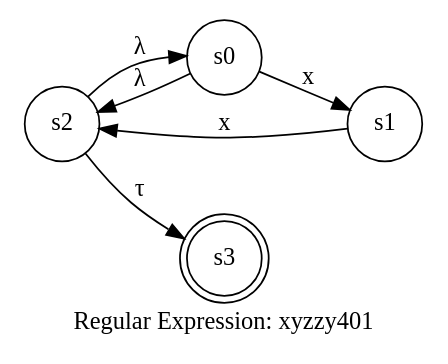
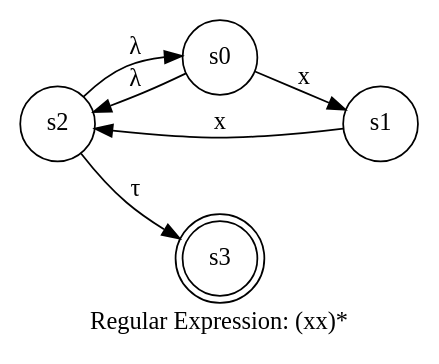
The diagram in ref/nfa_0002.gv (pschlump/lexie), drawn with Graphviz before and after one commit. The commit also changed 70 other files, not shown here.

```diff
--- a/ref/nfa_0002.gv
+++ b/ref/nfa_0002.gv
@@ -1,12 +1,12 @@
 digraph finite_state_machine {
-	label="Regular Expression: xyzzy401";
+	label="Regular Expression: (xx)*";
 	rankdir=LR;
 	size="8,5"
 	node [shape = doublecircle]; s3;
 	node [shape = circle];
 	s0 -> s1 [ label = "x" ];
 	s0 -> s2 [ label = "λ" ];
 	s1 -> s2 [ label = "x" ];
 	s2 -> s0 [ label = "λ" ];
 	s2 -> s3 [ label = "τ" ];
 }
```
